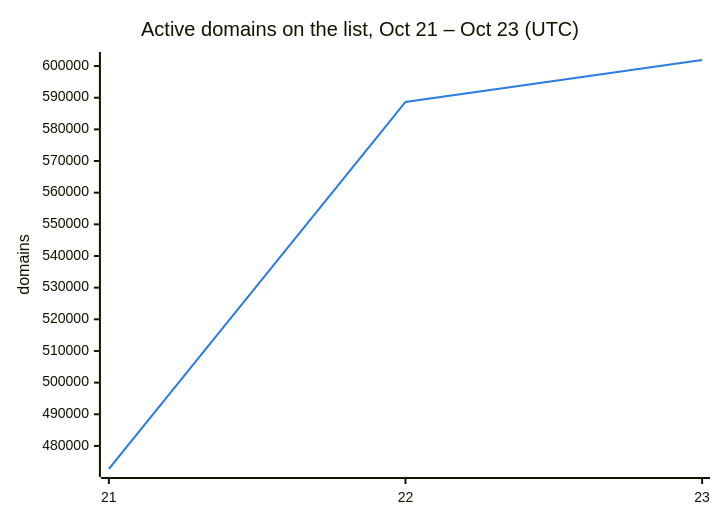
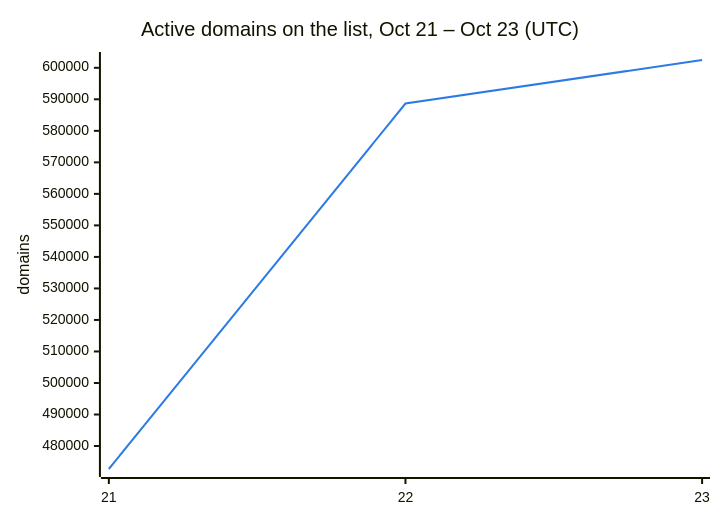
One commit to DNSBunker/CTI changed the second of 3 diagrams in README.md. Above: the diagram before and after it, drawn with Mermaid. The commit also changed other lines of this file and 3 other files, not shown here.

````diff
--- a/README.md
+++ b/README.md
@@ -38,8 +38,8 @@
 ```mermaid
 %%{init: {"themeVariables": {"xyChart": {"plotColorPalette": "#2c7be5"}}}}%%
 xychart-beta
     title "Active domains on the list, Oct 21 – Oct 23 (UTC)"
     x-axis ["21", "22", "23"]
     y-axis "domains"
-    line [472713, 588659, 601910]
+    line [472713, 588659, 602471]
 ```
````
